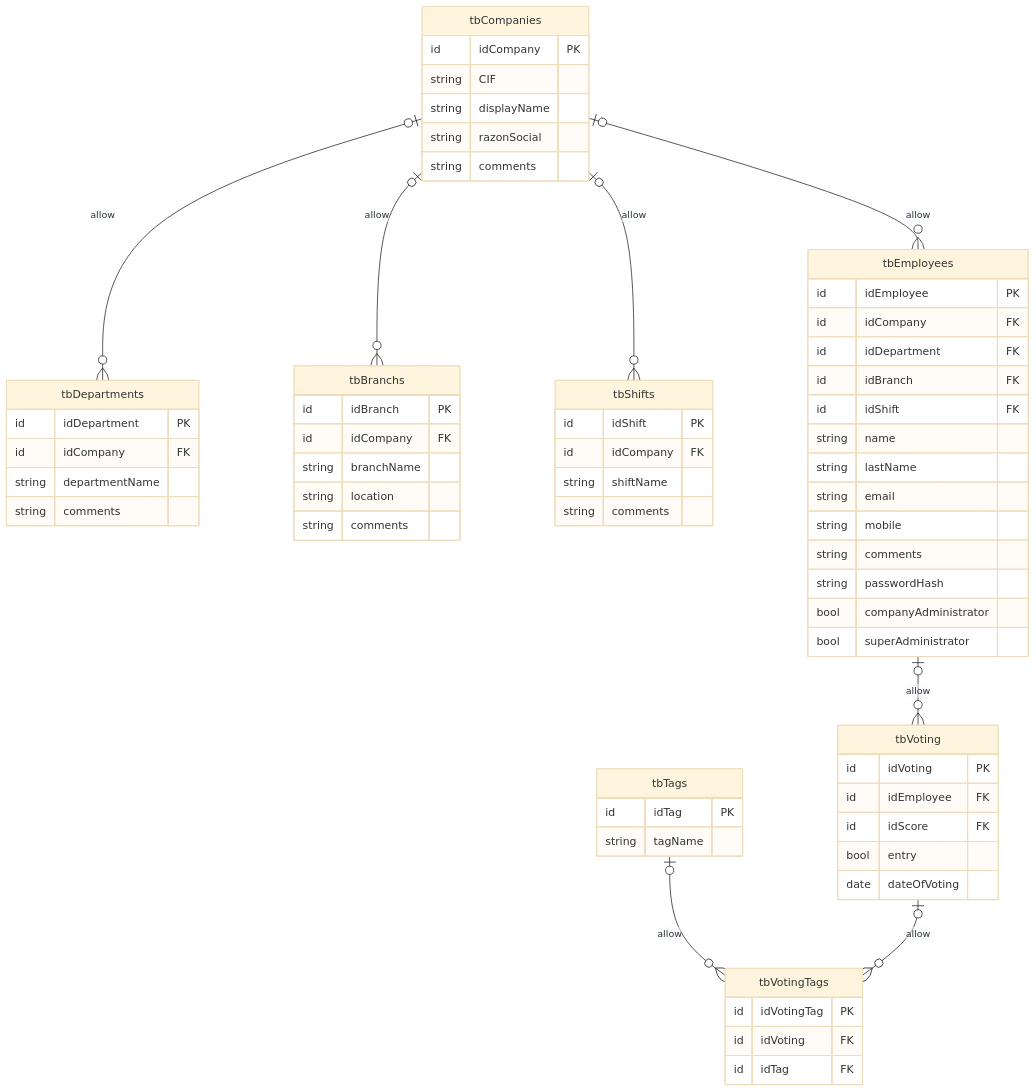
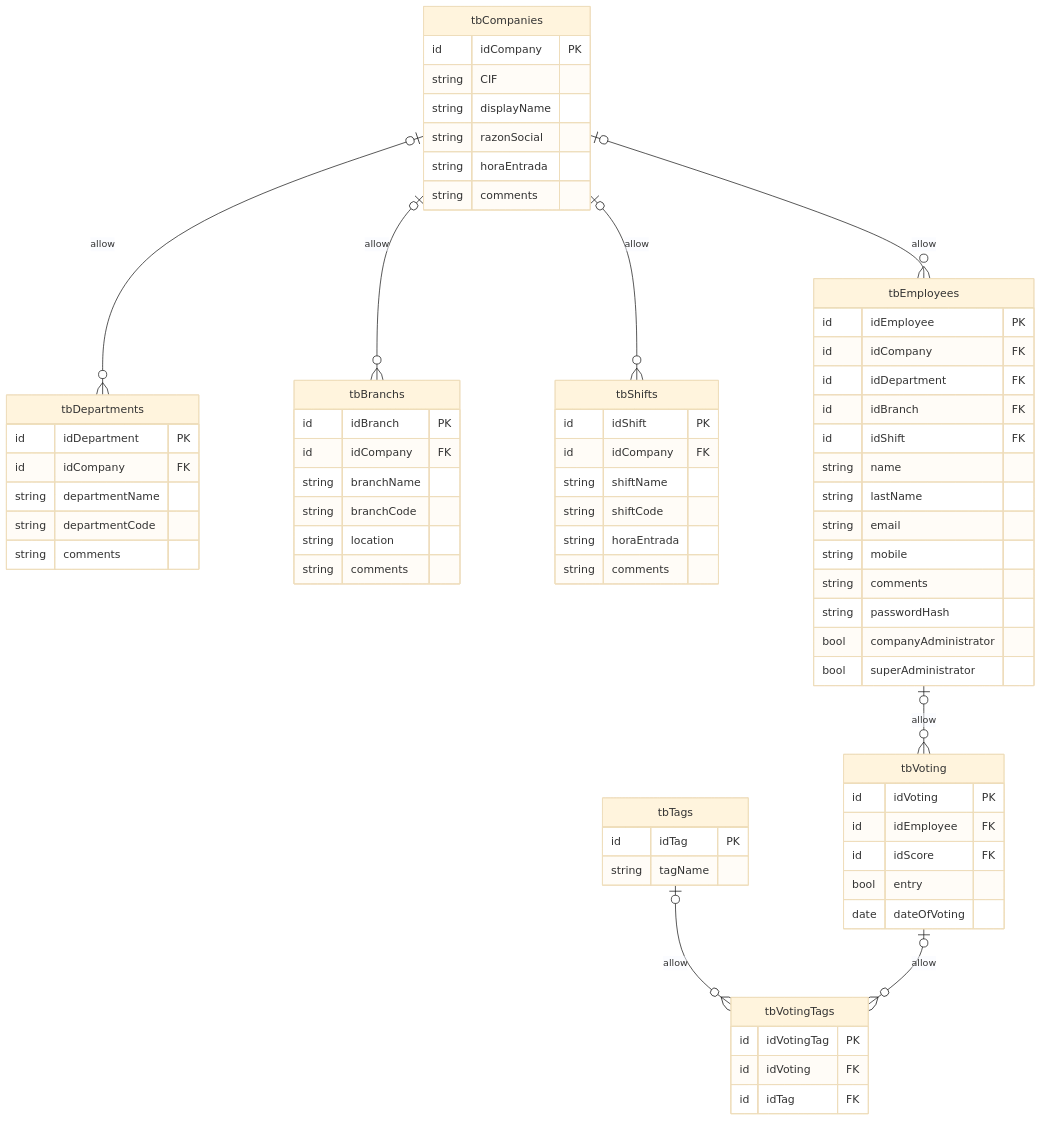
The diagram in NOTAS.md (alexBasurto/tripulaciones_back), drawn with Mermaid (base theme) before and after one commit. The commit also changed other lines of this file and 3 other files, not shown here.

````diff
--- a/NOTAS.md
+++ b/NOTAS.md
@@ -39,77 +38,82 @@
 ```mermaid
 erDiagram
 
     tbCompanies {
         id idCompany PK
         string CIF
         string displayName
         string razonSocial
+        string horaEntrada
         string comments
     }
 
     tbCompanies |o--o{ tbDepartments : allow
     tbDepartments {
         id idDepartment PK
         id idCompany FK
         string departmentName
+        string departmentCode
         string comments
     }
 
     tbCompanies |o--o{ tbBranchs : allow
     tbBranchs {
         id idBranch PK
         id idCompany FK
         string branchName
+        string branchCode
         string location
         string comments
     }
 
     tbCompanies |o--o{ tbShifts : allow
     tbShifts {
         id idShift PK
         id idCompany FK
         string shiftName
+        string shiftCode
+        string horaEntrada
         string comments
 
     }
 
     tbCompanies |o--o{ tbEmployees : allow
     tbEmployees {
         id idEmployee PK
         id idCompany FK
         id idDepartment FK
         id idBranch FK
         id idShift FK
         string name
         string lastName
         string email
         string mobile
         string comments
         string passwordHash
         bool companyAdministrator
         bool superAdministrator
     }
 
     tbEmployees |o--o{ tbVoting : allow
     tbVoting {
         id idVoting PK
         id idEmployee FK
         id idScore FK
         bool entry
         date dateOfVoting
     }
 
     tbTags {
         id idTag PK
         string tagName
     }
 
     tbTags |o--o{ tbVotingTags : allow
     tbVoting |o--o{ tbVotingTags : allow
     tbVotingTags {
         id idVotingTag PK
         id idVoting FK
         id idTag FK
     }
 
 ```
````
